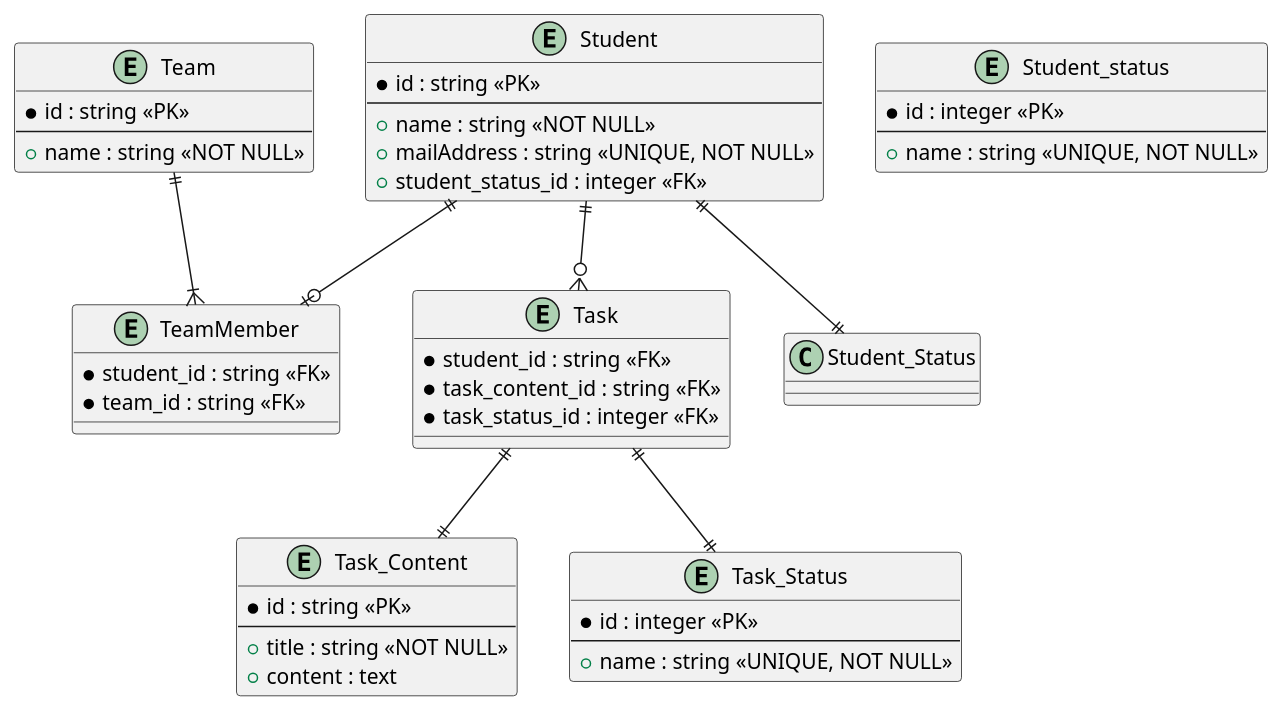
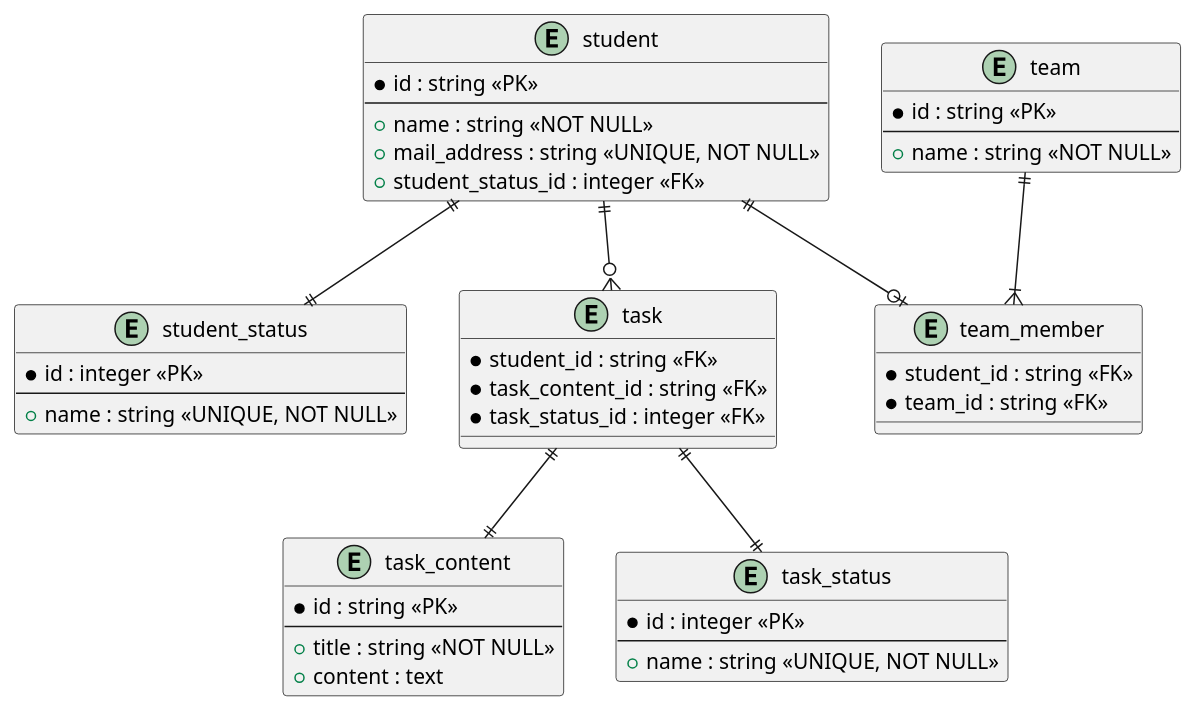
The diagram in doc/ER.pu (yoyoyonoyo/ddd-sample), drawn with PlantUML before and after one commit. The commit also changed 7 other files, not shown here.

```diff
--- a/doc/ER.pu
+++ b/doc/ER.pu
@@ -1,77 +1,77 @@
 @startuml db
 
 ' 生徒
-entity "Student" {
+entity "student" {
   * id : string <<PK>>
   --
   + name : string <<NOT NULL>>
-  + mailAddress : string <<UNIQUE, NOT NULL>>
+  + mail_address : string <<UNIQUE, NOT NULL>>
   + student_status_id : integer <<FK>>
 }
 
 ' 生徒の状態
-entity "Student_status" {
+entity "student_status" {
   * id : integer <<PK>>
   --
   + name : string <<UNIQUE, NOT NULL>>
 }
 
 ' チーム
-entity "Team" {
+entity "team" {
   * id : string <<PK>>
   --
   + name : string <<NOT NULL>>
 }
 
 ' チームの生徒
 ' あえて中間テーブルで設定
 ' https://zenn.dev/praha/articles/65afb28caacd0b
-entity "TeamMember" {
+entity "team_member" {
   * student_id : string <<FK>>
   * team_id : string <<FK>>
 }
 
 ' 課題の状況
-entity "Task" {
+entity "task" {
   * student_id : string <<FK>>
   * task_content_id : string <<FK>>
   * task_status_id : integer <<FK>>
 }
 
 ' 課題
-entity "Task_Content" {
+entity "task_content" {
   * id : string <<PK>>
   --
   + title : string <<NOT NULL>>
   + content : text
 }
 
 
 ' 課題のステータス
-entity "Task_Status" {
+entity "task_status" {
   * id : integer <<PK>>
   --
   + name : string <<UNIQUE, NOT NULL>>
 }
 
 ' 1つの生徒は1つの生徒の状態を持つ
-Student ||--|| Student_Status
+student ||--|| student_status
+
 ' 1つの生徒は0以上の複数のチームを持つ
 ' あえて中間テーブルで設定
 ' https://zenn.dev/praha/articles/65afb28caacd0b
-Student ||--o| TeamMember
+student ||--o| team_member
 
 ' 1つのチームは1以上の複数の生徒を持つ
-Team ||--|{ TeamMember
+team ||--|{ team_member
 
 ' 1つの生徒は0以上の複数の課題を持つ
-Student ||--o{ Task
+student ||--o{ task
 
 ' 1つのタスクは1つのコンテンツを持つ
-Task ||--|| Task_Content
+task ||--|| task_content
 
 ' 1つの課題は1つの課題のステータスを持つ
-Task ||--|| Task_Status
-
+task ||--|| task_status
 
 @enduml
```
